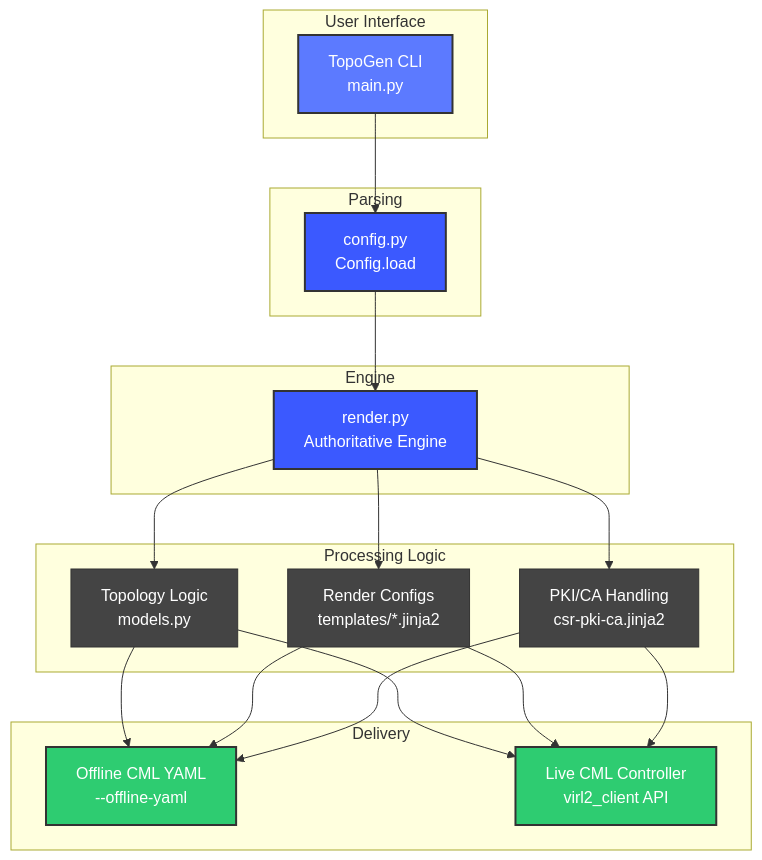
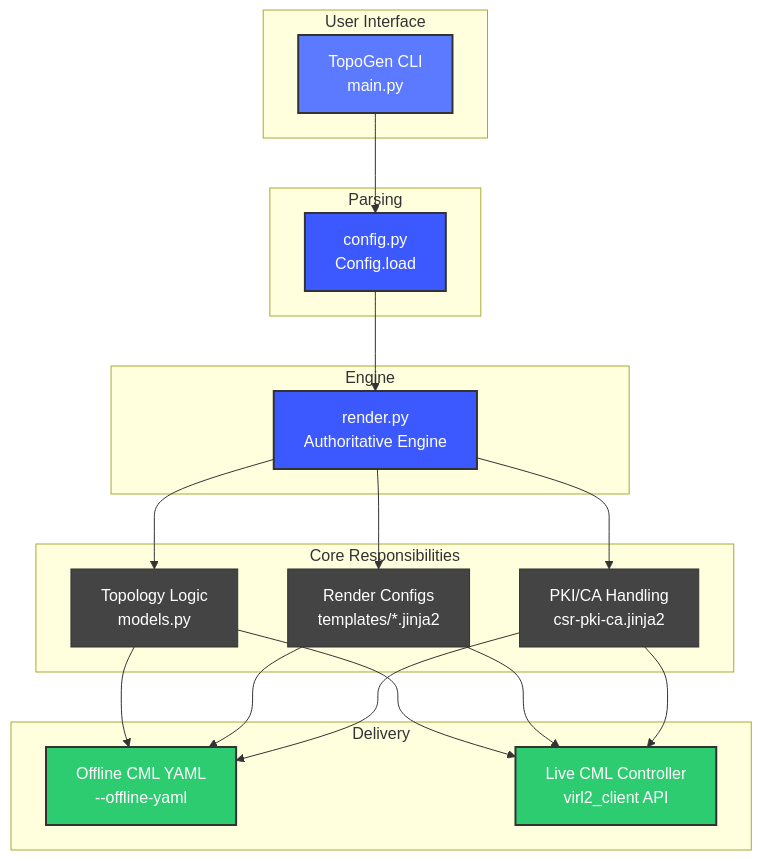
The diagram in DEVELOPER.md (QB4DEVOPS/topogen), drawn with Mermaid before and after one commit. The commit also changed other lines of this file, not shown here.

First line of the commit message:
docs(developer): polish diagram caption and subgraph label (v1.2.1)

````diff
--- a/DEVELOPER.md
+++ b/DEVELOPER.md
@@ -52,48 +52,48 @@
 ```mermaid
 graph TD
     classDef input fill:#5c7aff,stroke:#333,color:#fff,stroke-width:2px;
     classDef engine fill:#3b59ff,stroke:#333,color:#fff,stroke-width:2px;
     classDef logic fill:#444,stroke:#333,color:#fff,stroke-width:1px;
     classDef output fill:#2ecc71,stroke:#333,color:#fff,stroke-width:2px;
 
     subgraph Entry ["User Interface"]
         CLI[TopoGen CLI<br/>main.py]
     end
 
     subgraph Config ["Parsing"]
         MAIN[config.py<br/>Config.load]
     end
 
     subgraph Core ["Engine"]
         RENDER[render.py<br/>Authoritative Engine]
     end
 
-    subgraph Tasks ["Processing Logic"]
+    subgraph Tasks ["Core Responsibilities"]
         TOP[Topology Logic<br/>models.py]
         TMP[Render Configs<br/>templates/*.jinja2]
         PKI[PKI/CA Handling<br/>csr-pki-ca.jinja2]
     end
 
     subgraph Destination ["Delivery"]
         YAML[Offline CML YAML<br/>--offline-yaml]
         LIVE[Live CML Controller<br/>virl2_client API]
     end
 
     CLI --> MAIN
     MAIN --> RENDER
     RENDER --> TOP
     RENDER --> TMP
     RENDER --> PKI
     TOP --> YAML
     TOP --> LIVE
     TMP --> YAML
     TMP --> LIVE
     PKI --> YAML
     PKI --> LIVE
 
     class CLI input;
     class MAIN engine;
     class RENDER engine;
     class TOP,TMP,PKI logic;
     class YAML,LIVE output;
 ```
````
